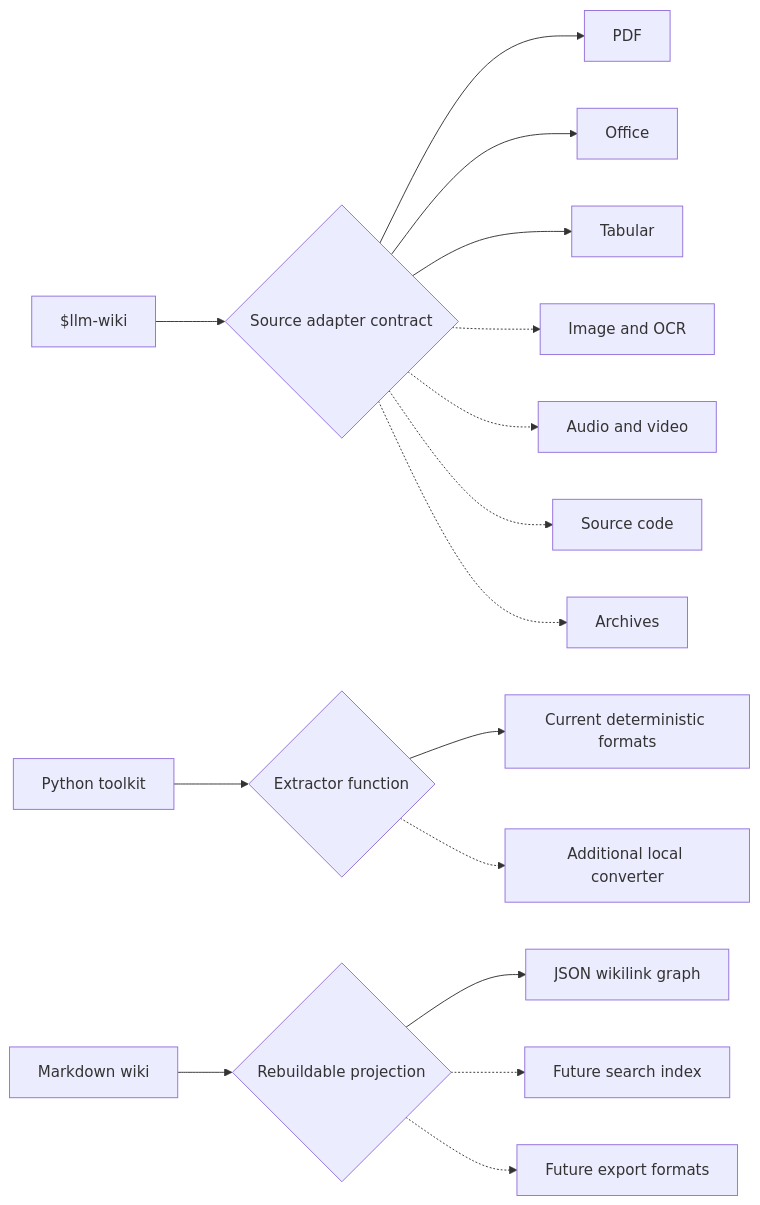
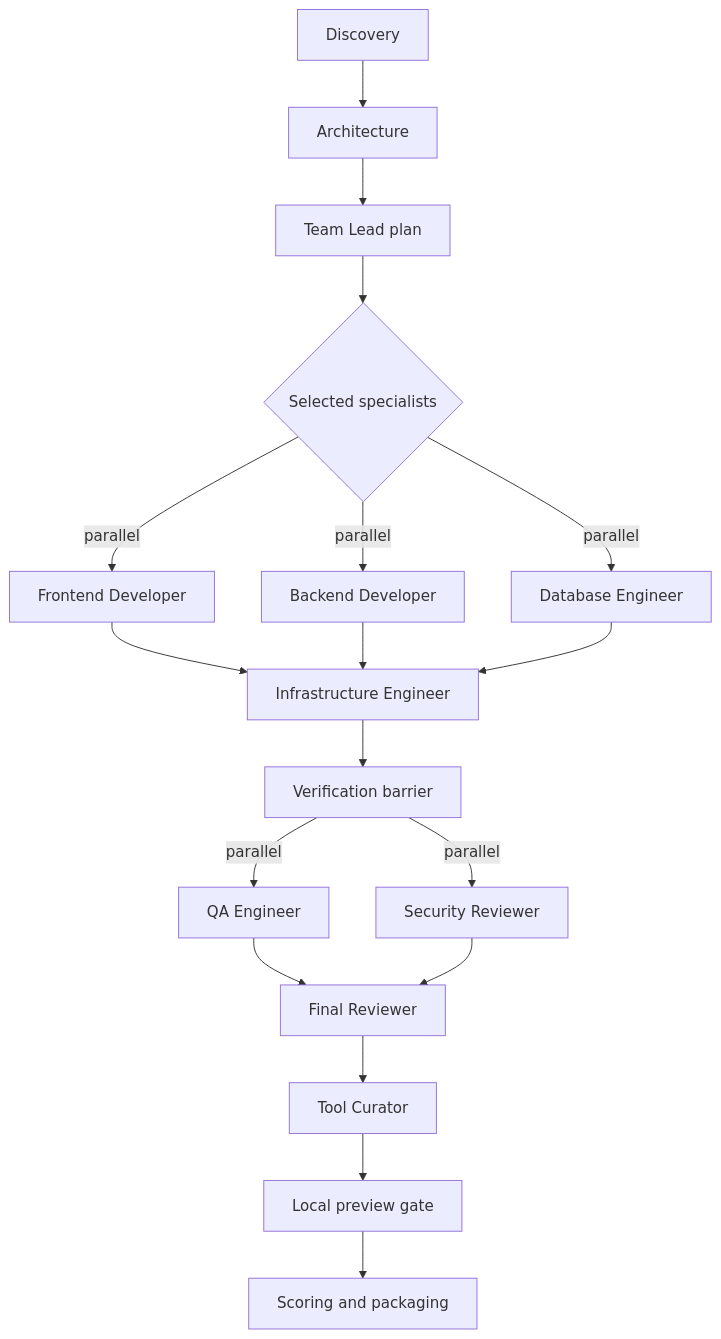
One commit to stoporkoff/llm-wiki changed the fifth of 7 diagrams in docs/architecture.md. Above: the diagram before and after it, drawn with Mermaid. The commit also changed other lines of this file and 74 other files, not shown here.

````diff
--- a/docs/architecture.md
+++ b/docs/architecture.md
@@ -425,20 +119,20 @@
 ```mermaid
-flowchart LR
-    Core[$llm-wiki] --> AdapterContract{Source adapter contract}
-    AdapterContract --> PDF[PDF]
-    AdapterContract --> Office[Office]
-    AdapterContract --> Tabular[Tabular]
-    AdapterContract -.-> Image[Image and OCR]
-    AdapterContract -.-> Media[Audio and video]
-    AdapterContract -.-> Code[Source code]
-    AdapterContract -.-> Archive[Archives]
-
-    Toolkit[Python toolkit] --> ExtractorContract{Extractor function}
-    ExtractorContract --> Existing[Current deterministic formats]
-    ExtractorContract -.-> NewFormat[Additional local converter]
-
-    Wiki[Markdown wiki] --> ProjectionContract{Rebuildable projection}
-    ProjectionContract --> JSONGraph[JSON wikilink graph]
-    ProjectionContract -.-> SearchIndex[Future search index]
-    ProjectionContract -.-> Export[Future export formats]
+flowchart TD
+  D[Discovery] --> A[Architecture]
+  A --> P[Team Lead plan]
+  P --> F{Selected specialists}
+  F -->|parallel| FE[Frontend Developer]
+  F -->|parallel| BE[Backend Developer]
+  F -->|parallel| DB[Database Engineer]
+  FE --> I[Infrastructure Engineer]
+  BE --> I
+  DB --> I
+  I --> V[Verification barrier]
+  V -->|parallel| QA[QA Engineer]
+  V -->|parallel| SEC[Security Reviewer]
+  QA --> R[Final Reviewer]
+  SEC --> R
+  R --> TC[Tool Curator]
+  TC --> LP[Local preview gate]
+  LP --> S[Scoring and packaging]
 ```
````
